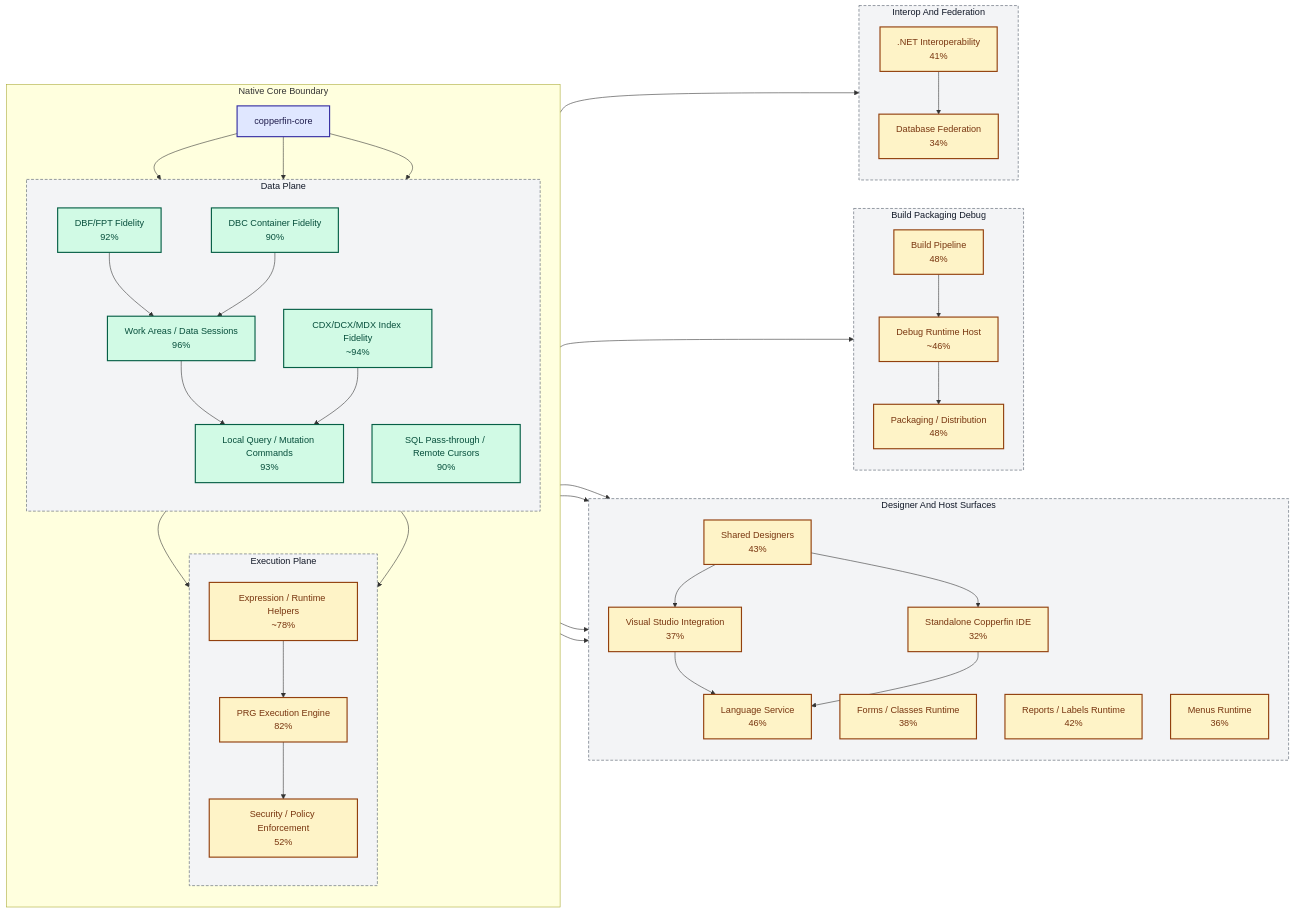
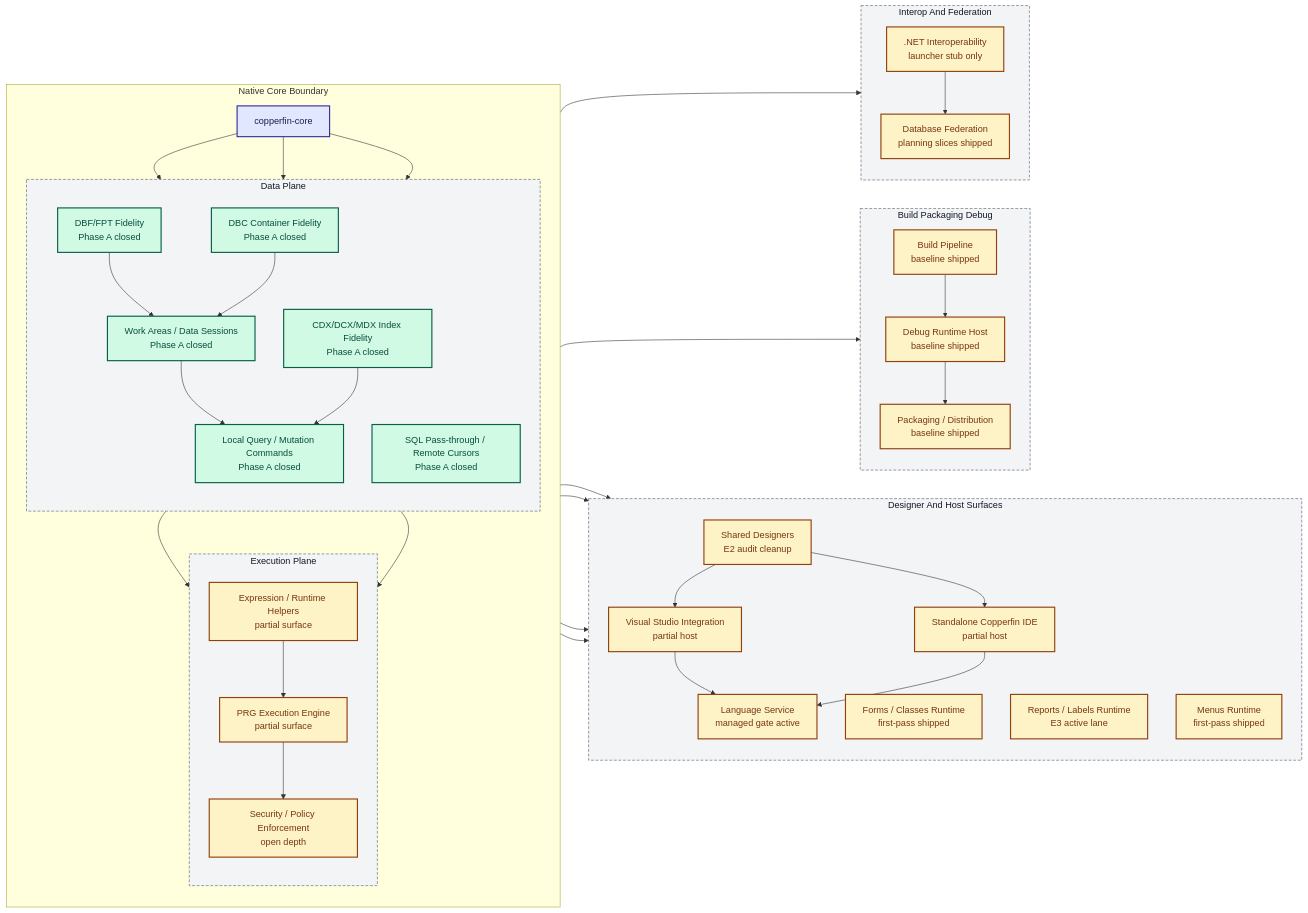
One commit to rhamenator/Project-Copperfin changed the diagram in docs/02-architecture.md. Above: the diagram before and after it, drawn with Mermaid. The commit also changed other lines of this file and 13 other files, not shown here.

```diff
--- a/docs/02-architecture.md
+++ b/docs/02-architecture.md
@@ -16,44 +16,44 @@
 
         subgraph DataPlane[Data Plane]
             direction TB
-            DBF["DBF/FPT Fidelity<br/>92%"]
-            IDX["CDX/DCX/MDX Index Fidelity<br/>~94%"]
-            DBC["DBC Container Fidelity<br/>90%"]
-            WS["Work Areas / Data Sessions<br/>96%"]
-            LQ["Local Query / Mutation Commands<br/>93%"]
-            SQ["SQL Pass-through / Remote Cursors<br/>90%"]
+            DBF["DBF/FPT Fidelity<br/>Phase A closed"]
+            IDX["CDX/DCX/MDX Index Fidelity<br/>Phase A closed"]
+            DBC["DBC Container Fidelity<br/>Phase A closed"]
+            WS["Work Areas / Data Sessions<br/>Phase A closed"]
+            LQ["Local Query / Mutation Commands<br/>Phase A closed"]
+            SQ["SQL Pass-through / Remote Cursors<br/>Phase A closed"]
         end
 
         subgraph RuntimePlane[Execution Plane]
             direction TB
-            PRG["PRG Execution Engine<br/>82%"]
-            EXP["Expression / Runtime Helpers<br/>~78%"]
-            SEC["Security / Policy Enforcement<br/>52%"]
+            PRG["PRG Execution Engine<br/>partial surface"]
+            EXP["Expression / Runtime Helpers<br/>partial surface"]
+            SEC["Security / Policy Enforcement<br/>open depth"]
         end
     end
 
     subgraph UXHosts[Designer And Host Surfaces]
         direction TB
-        DES["Shared Designers<br/>43%"]
-        FORMS["Forms / Classes Runtime<br/>38%"]
-        RPT["Reports / Labels Runtime<br/>42%"]
-        MENU["Menus Runtime<br/>36%"]
-        VS["Visual Studio Integration<br/>37%"]
-        IDE["Standalone Copperfin IDE<br/>32%"]
-        LS["Language Service<br/>46%"]
+        DES["Shared Designers<br/>E2 audit cleanup"]
+        FORMS["Forms / Classes Runtime<br/>first-pass shipped"]
+        RPT["Reports / Labels Runtime<br/>E3 active lane"]
+        MENU["Menus Runtime<br/>first-pass shipped"]
+        VS["Visual Studio Integration<br/>partial host"]
+        IDE["Standalone Copperfin IDE<br/>partial host"]
+        LS["Language Service<br/>managed gate active"]
     end
 
     subgraph Toolchain[Build Packaging Debug]
         direction TB
-        BLD["Build Pipeline<br/>48%"]
-        DBG["Debug Runtime Host<br/>~46%"]
-        PKG["Packaging / Distribution<br/>48%"]
+        BLD["Build Pipeline<br/>baseline shipped"]
+        DBG["Debug Runtime Host<br/>baseline shipped"]
+        PKG["Packaging / Distribution<br/>baseline shipped"]
     end
 
     subgraph Platform[Interop And Federation]
         direction TB
-        DOTNET[".NET Interoperability<br/>41%"]
-        FED["Database Federation<br/>34%"]
+        DOTNET[".NET Interoperability<br/>launcher stub only"]
+        FED["Database Federation<br/>planning slices shipped"]
     end
 
     CORE --> DBF
```
